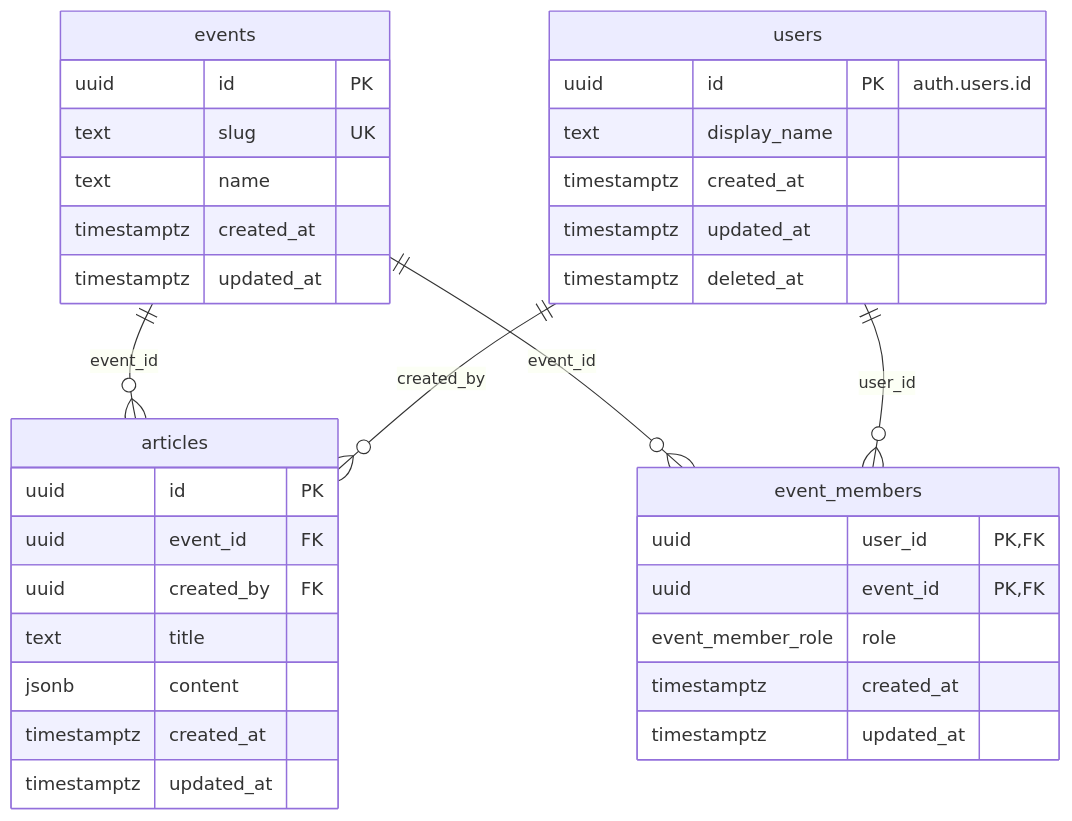
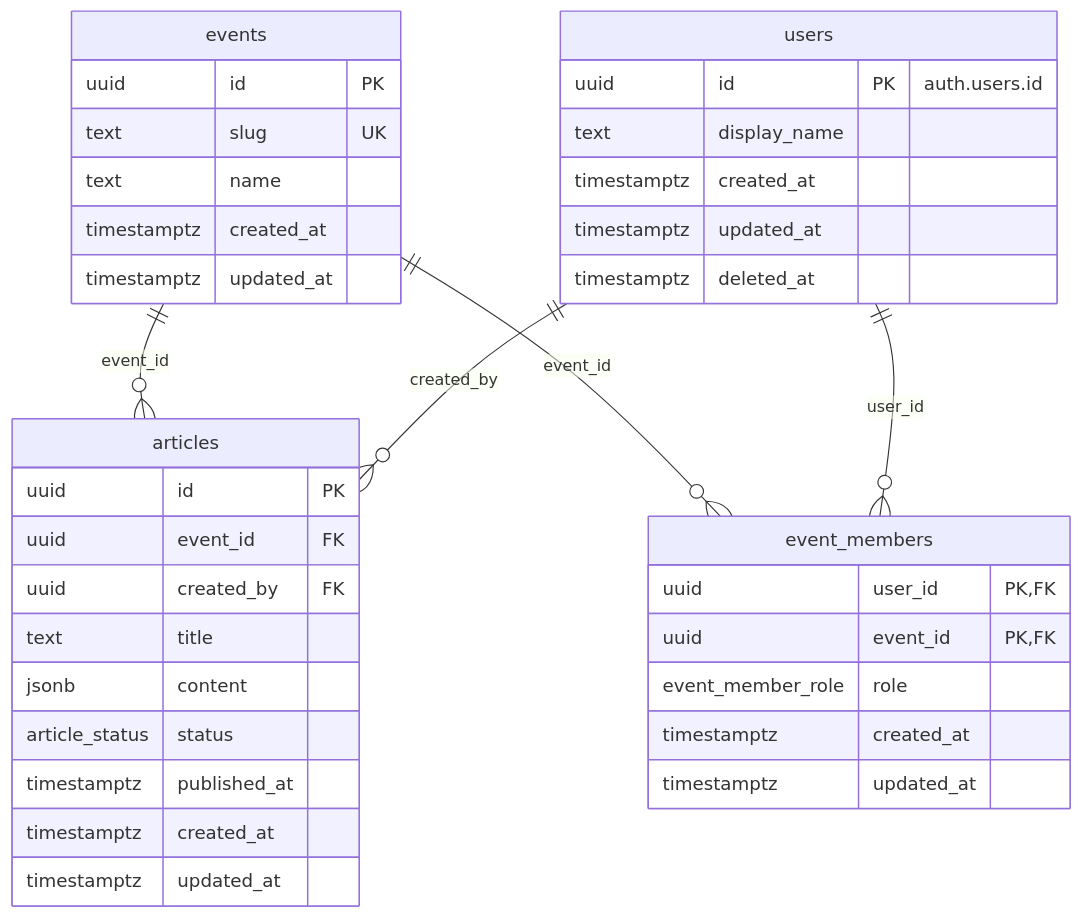
The diagram in docs/db.md (Studio-Takumi/fesp-suite), drawn with Mermaid before and after one commit. The commit also changed other lines of this file and 2 other files, not shown here.

````diff
--- a/docs/db.md
+++ b/docs/db.md
@@ -3,41 +3,43 @@
 ```mermaid
 erDiagram
     events ||--o{ articles : "event_id"
     events ||--o{ event_members : "event_id"
     users ||--o{ event_members : "user_id"
     users ||--o{ articles : "created_by"
 
     events {
         uuid id PK
         text slug UK
         text name
         timestamptz created_at
         timestamptz updated_at
     }
 
     articles {
         uuid id PK
         uuid event_id FK
         uuid created_by FK
         text title
         jsonb content
+        article_status status
+        timestamptz published_at
         timestamptz created_at
         timestamptz updated_at
     }
 
     users {
         uuid id PK "auth.users.id"
         text display_name
         timestamptz created_at
         timestamptz updated_at
         timestamptz deleted_at
     }
 
     event_members {
         uuid user_id PK,FK
         uuid event_id PK,FK
         event_member_role role
         timestamptz created_at
         timestamptz updated_at
     }
 ```
````
